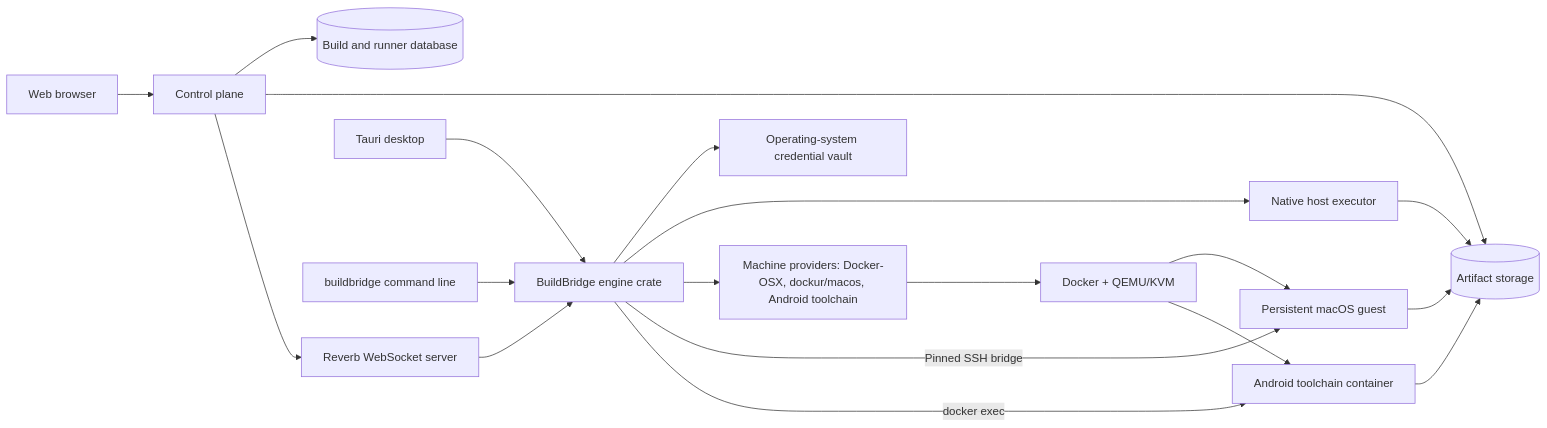
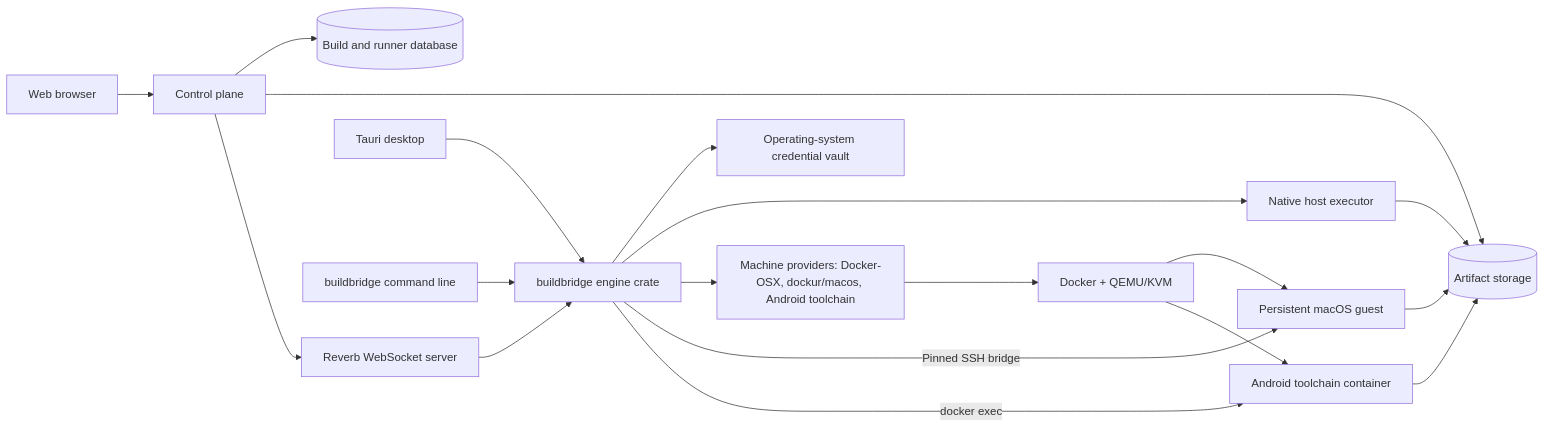
The diagram in docs/PRODUCT_AND_ARCHITECTURE.md (stackrats/buildbridge), drawn with Mermaid before and after one commit. The commit also changed other lines of this file and 231 other files, not shown here.

````diff
--- a/docs/PRODUCT_AND_ARCHITECTURE.md
+++ b/docs/PRODUCT_AND_ARCHITECTURE.md
@@ -85,21 +85,21 @@
 ```mermaid
 flowchart LR
     Browser[Web browser] --> Control[Control plane]
     Control --> Database[(Build and runner database)]
     Control --> Artifacts[(Artifact storage)]
     Control --> Reverb[Reverb WebSocket server]
-    Reverb --> Engine[BuildBridge engine crate]
+    Reverb --> Engine[buildbridge engine crate]
     Desktop[Tauri desktop] --> Engine
     CLI[buildbridge command line] --> Engine
     Engine --> Vault[Operating-system credential vault]
     Engine --> Native[Native host executor]
     Engine --> Provider[Machine providers: Docker-OSX, dockur/macos, Android toolchain]
     Provider --> Docker[Docker + QEMU/KVM]
     Docker --> Guest[Persistent macOS guest]
     Docker --> Toolchain[Android toolchain container]
     Engine -->|Pinned SSH bridge| Guest
     Engine -->|docker exec| Toolchain
     Native --> Artifacts
     Guest --> Artifacts
     Toolchain --> Artifacts
 ```
````
